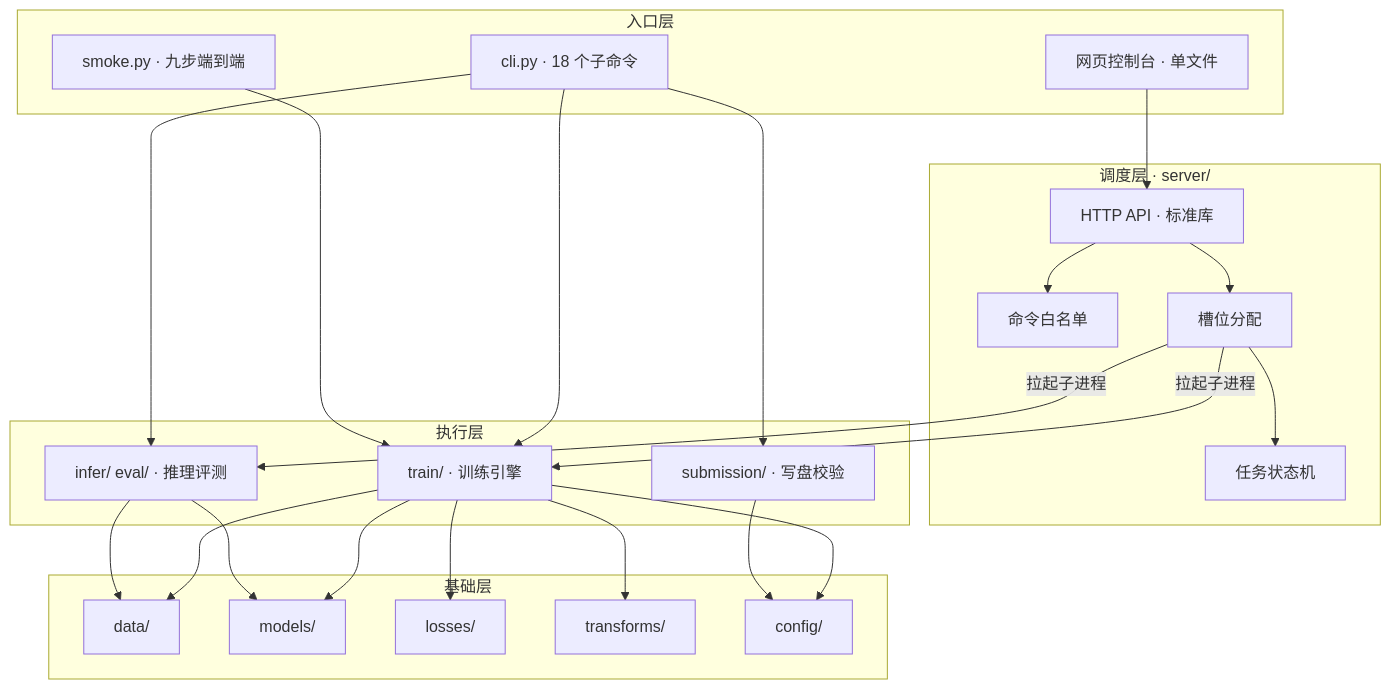
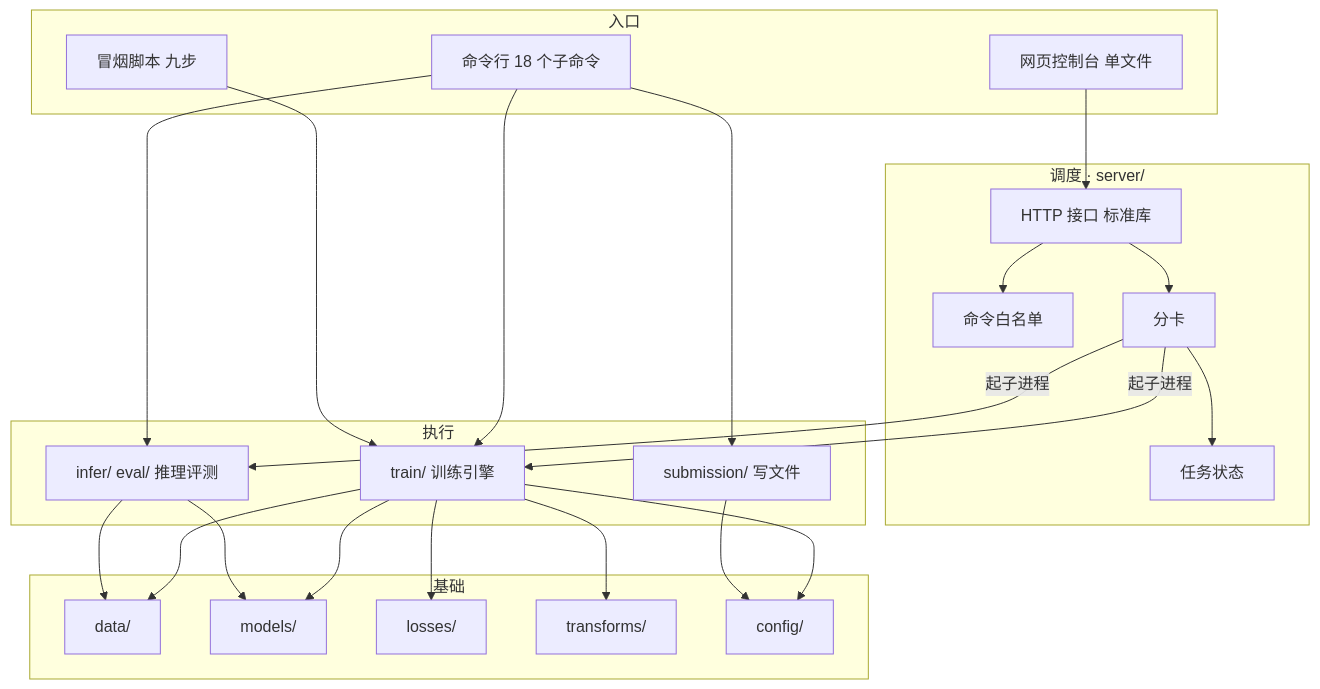
One commit to cixiy1/Yuki-blog changed the first of 9 diagrams in src/content/posts/chest-smart-diagnosis.md. Above: the diagram before and after it, drawn with Mermaid. The commit also changed other lines of this file, not shown here.

````diff
--- a/src/content/posts/chest-smart-diagnosis.md
+++ b/src/content/posts/chest-smart-diagnosis.md
@@ -51,44 +49,44 @@
 ```mermaid
 flowchart TB
-  subgraph ENTRY["入口层"]
-    CLI["cli.py · 18 个子命令"]
-    SMOKE["smoke.py · 九步端到端"]
-    WEB["网页控制台 · 单文件"]
+  subgraph ENTRY["入口"]
+    CLI["命令行 18 个子命令"]
+    SMOKE["冒烟脚本 九步"]
+    WEB["网页控制台 单文件"]
   end
-  subgraph SCHED["调度层 · server/"]
-    API["HTTP API · 标准库"]
+  subgraph SCHED["调度 · server/"]
+    API["HTTP 接口 标准库"]
     WL["命令白名单"]
-    SLOT["槽位分配"]
-    STATE["任务状态机"]
+    SLOT["分卡"]
+    STATE["任务状态"]
   end
-  subgraph EXEC["执行层"]
-    TRAIN["train/ · 训练引擎"]
-    INFER["infer/ eval/ · 推理评测"]
-    SUBM["submission/ · 写盘校验"]
+  subgraph EXEC["执行"]
+    TRAIN["train/ 训练引擎"]
+    INFER["infer/ eval/ 推理评测"]
+    SUBM["submission/ 写文件"]
   end
-  subgraph BASE["基础层"]
+  subgraph BASE["基础"]
     DATA["data/"]
     MODEL["models/"]
     LOSS["losses/"]
     TFM["transforms/"]
     CFG["config/"]
   end
   WEB --> API
   API --> WL
   API --> SLOT
   SLOT --> STATE
-  SLOT -->|"拉起子进程"| TRAIN
-  SLOT -->|"拉起子进程"| INFER
+  SLOT -->|"起子进程"| TRAIN
+  SLOT -->|"起子进程"| INFER
   CLI --> TRAIN
   CLI --> INFER
   CLI --> SUBM
   SMOKE --> TRAIN
   TRAIN --> DATA
   TRAIN --> MODEL
   TRAIN --> LOSS
   TRAIN --> TFM
   TRAIN --> CFG
   INFER --> DATA
   INFER --> MODEL
   SUBM --> CFG
 ```
````
